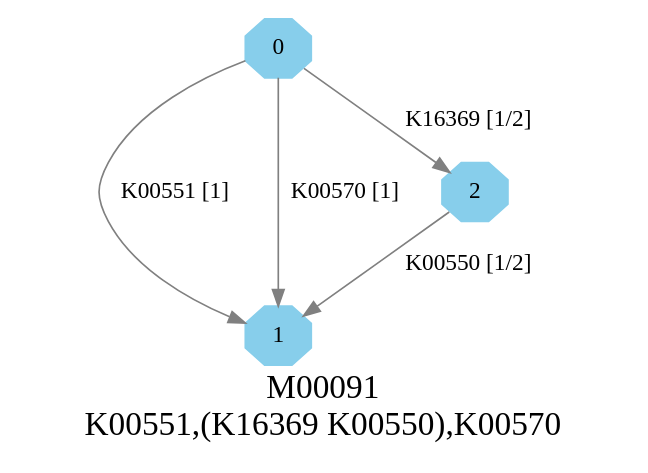
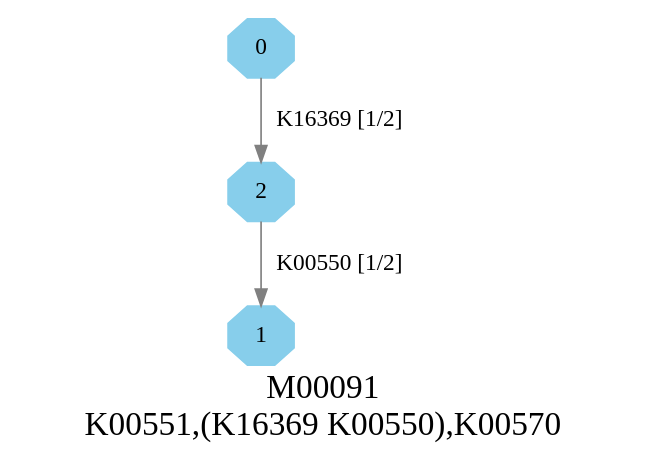
One commit to EBI-Metagenomics/kegg-pathways-completeness-tool changed the diagram in kegg_pathways_completeness/graphs/dots/M00091.dot. Above: the diagram before and after it, drawn with Graphviz. The commit also changed 587 other files, not shown here.

```diff
--- a/kegg_pathways_completeness/graphs/dots/M00091.dot
+++ b/kegg_pathways_completeness/graphs/dots/M00091.dot
@@ -1,11 +1,9 @@
 digraph G {
 graph [label="M00091
 K00551,(K16369 K00550),K00570",fontsize=20];
 node [shape=box,style=filled];
 edge [len=3,color=grey];
 {node [width=.3,height=.3,shape=octagon,style=filled,color=skyblue] 0 1 2 }
-0 -> 1 [label="K00551 [1]"];
-0 -> 1 [label="K00570 [1]"];
 0 -> 2 [label="K16369 [1/2]"];
 2 -> 1 [label="K00550 [1/2]"];
 }
```
